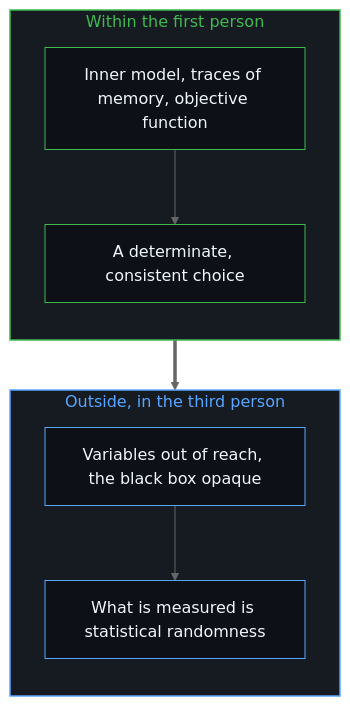
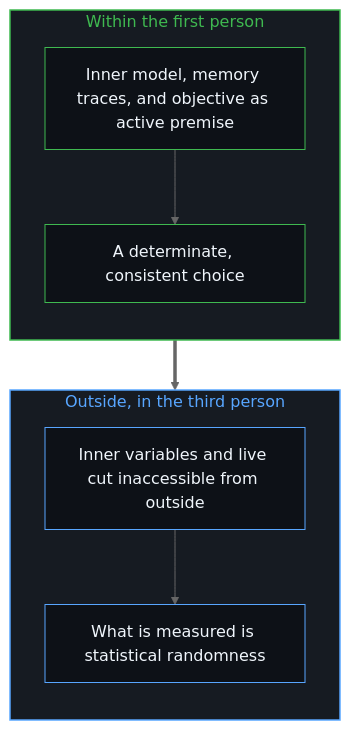
The second of 2 diagrams in content/posts/zi-you-de-ce-bu-zhun.md (powerpig99/not-a-toe), drawn with Mermaid (neutral theme) before and after one commit. The commit also changed other lines of this file and 6 other files, not shown here.

````diff
--- a/content/posts/zi-you-de-ce-bu-zhun.md
+++ b/content/posts/zi-you-de-ce-bu-zhun.md
@@ -68,22 +68,22 @@
 ```mermaid
 flowchart TD
     subgraph S_In["Within the first person"]
         direction TB
-        I1["Inner model, traces of memory, objective function"]
+        I1["Inner model, memory traces, and objective as active premise"]
         I2["A determinate, consistent choice"]
     end
     subgraph S_Out["Outside, in the third person"]
         direction TB
-        O1["Variables out of reach, the black box opaque"]
+        O1["Inner variables and live cut inaccessible from outside"]
         O2["What is measured is statistical randomness"]
     end
     I1 --> I2
     I2 ==> O1
     O1 --> O2
     style S_In fill:#161b22,stroke:#3fb950,stroke-width:1.5px,color:#3fb950
     style S_Out fill:#161b22,stroke:#58a6ff,stroke-width:1.5px,color:#58a6ff
     style I1 fill:#0d1117,stroke:#3fb950,stroke-width:1px,color:#f0f6fc
     style I2 fill:#0d1117,stroke:#3fb950,stroke-width:1px,color:#f0f6fc
     style O1 fill:#0d1117,stroke:#58a6ff,stroke-width:1px,color:#f0f6fc
     style O2 fill:#0d1117,stroke:#58a6ff,stroke-width:1px,color:#f0f6fc
 ```
````
